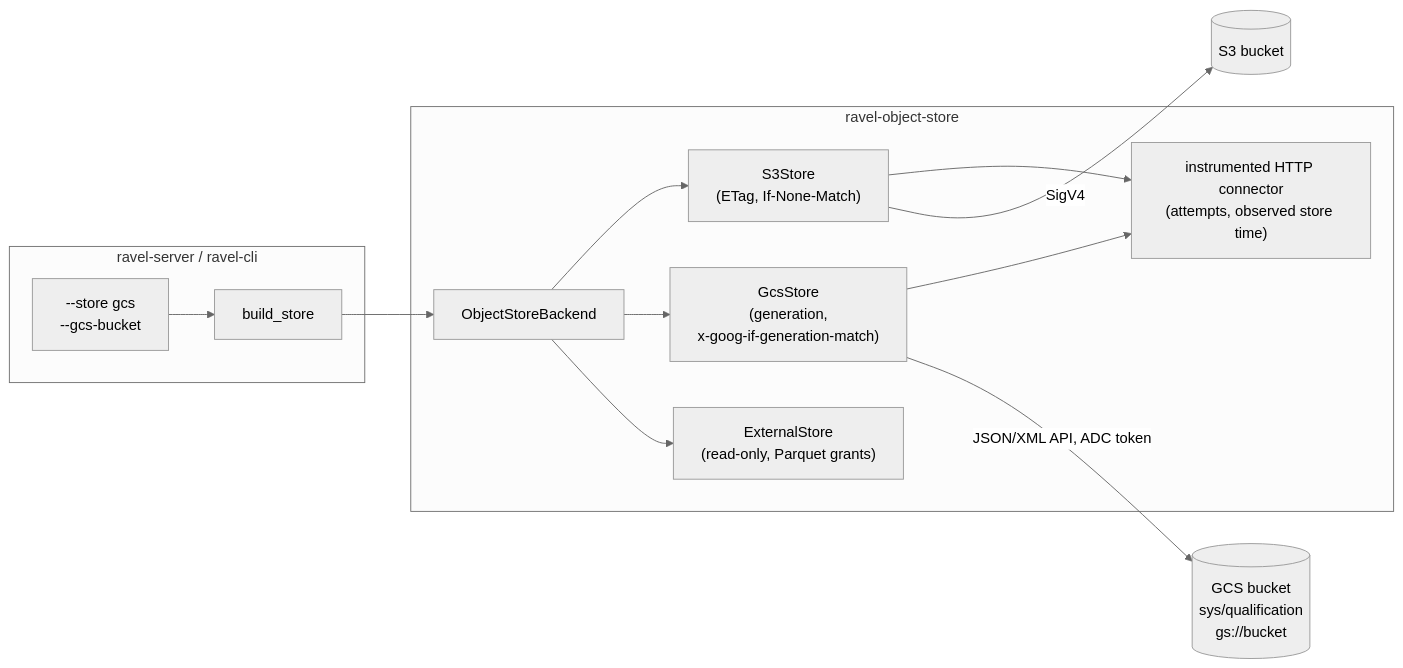
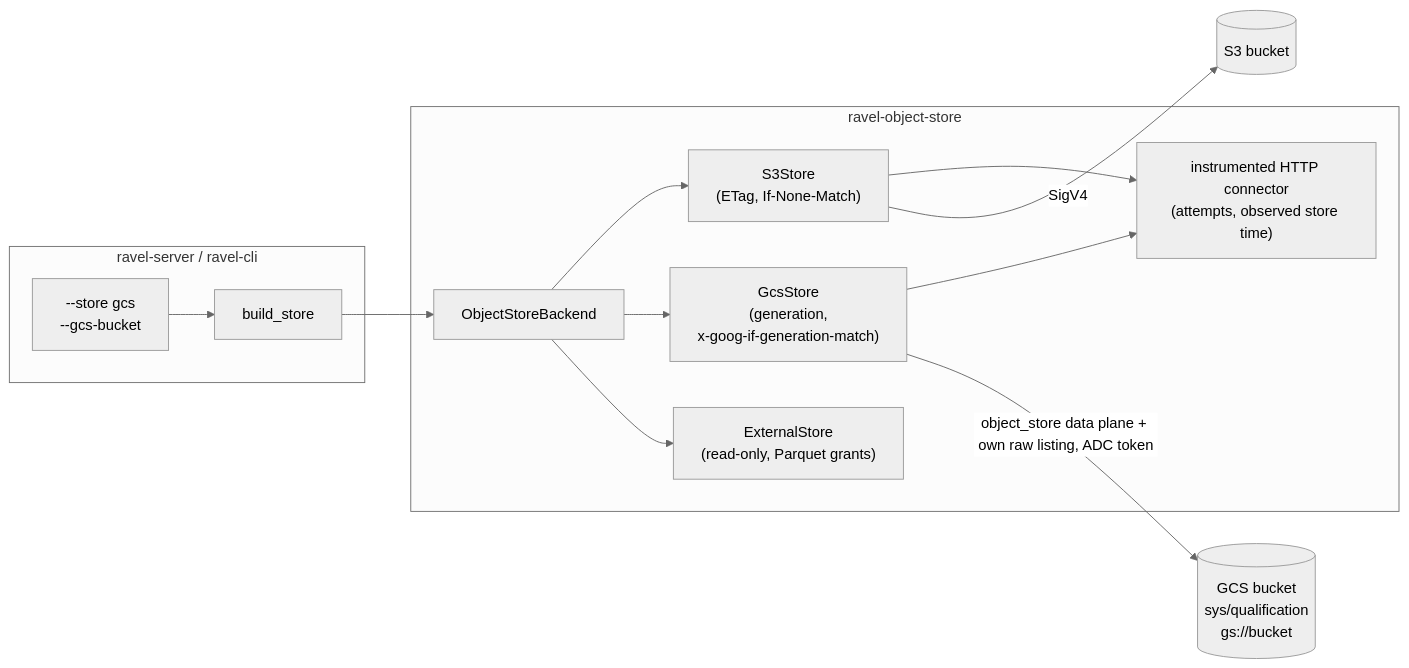
Before and after one commit to NOFireAI/ravel: the diagram in docs/adrs/3456-native-gcs-object-store.md, drawn with Mermaid (neutral theme). The commit also changed other lines of this file and 1 other file, not shown here.

First line of the commit message:
docs(adr): keep ADR-3456 listing and pinned reads on the trait contract

````diff
--- a/docs/adrs/3456-native-gcs-object-store.md
+++ b/docs/adrs/3456-native-gcs-object-store.md
@@ -160,21 +188,21 @@
 ```mermaid
 flowchart LR
   subgraph server["ravel-server / ravel-cli"]
     cfg["--store gcs\n--gcs-bucket"] --> build["build_store"]
   end
   subgraph os["ravel-object-store"]
     trait["ObjectStoreBackend"]
     s3["S3Store\n(ETag, If-None-Match)"]
     gcs["GcsStore\n(generation,\nx-goog-if-generation-match)"]
     ext["ExternalStore\n(read-only, Parquet grants)"]
     conn["instrumented HTTP connector\n(attempts, observed store time)"]
     trait --> s3
     trait --> gcs
     trait --> ext
     s3 --> conn
     gcs --> conn
   end
   build --> trait
-  gcs -->|"JSON/XML API, ADC token"| bucket[("GCS bucket\nsys/qualification\ngs://bucket")]
+  gcs -->|"object_store data plane + own raw listing, ADC token"| bucket[("GCS bucket\nsys/qualification\ngs://bucket")]
   s3 -->|"SigV4"| s3b[("S3 bucket")]
 ```
````
